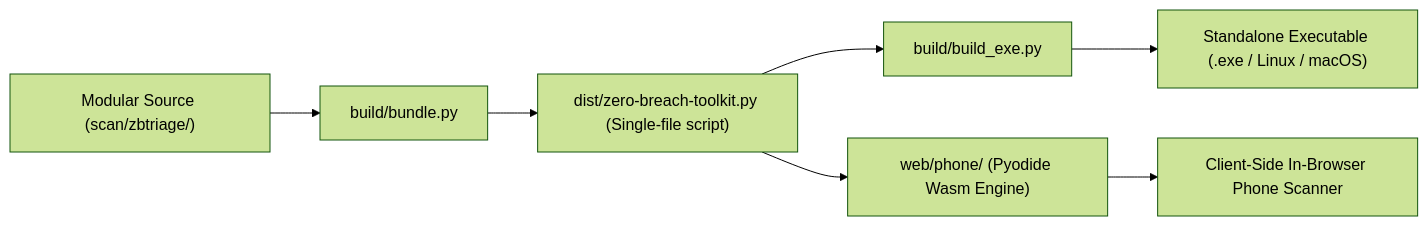
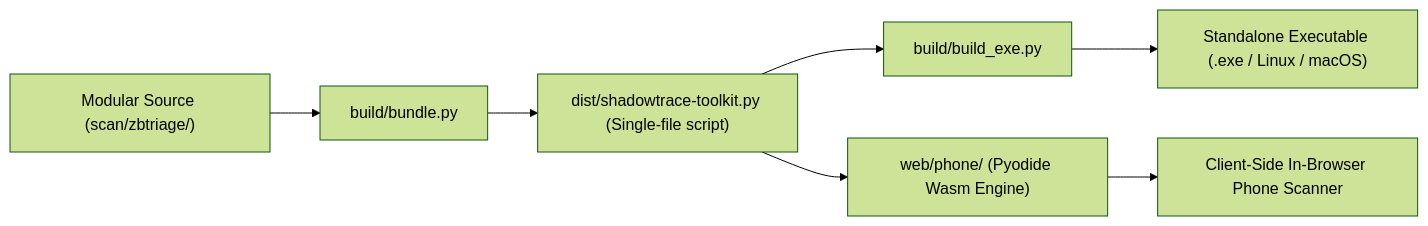
One commit to manilreddy1/ShadowTrace changed the second of 3 diagrams in project overview.md. Above: the diagram before and after it, drawn with Mermaid (forest theme). The commit also changed other lines of this file and 2 other files, not shown here.

````diff
--- a/project overview.md
+++ b/project overview.md
@@ -181,9 +181,9 @@
 ```mermaid
 flowchart LR
     Source["Modular Source (scan/zbtriage/)"] --> Bundle["build/bundle.py"]
-    Bundle --> SinglePy["dist/zero-breach-toolkit.py (Single-file script)"]
+    Bundle --> SinglePy["dist/shadowtrace-toolkit.py (Single-file script)"]
     SinglePy --> PyInstaller["build/build_exe.py"]
     SinglePy --> Wasm["web/phone/ (Pyodide Wasm Engine)"]
     PyInstaller --> Binary["Standalone Executable (.exe / Linux / macOS)"]
     Wasm --> WebApp["Client-Side In-Browser Phone Scanner"]
 ```
````
